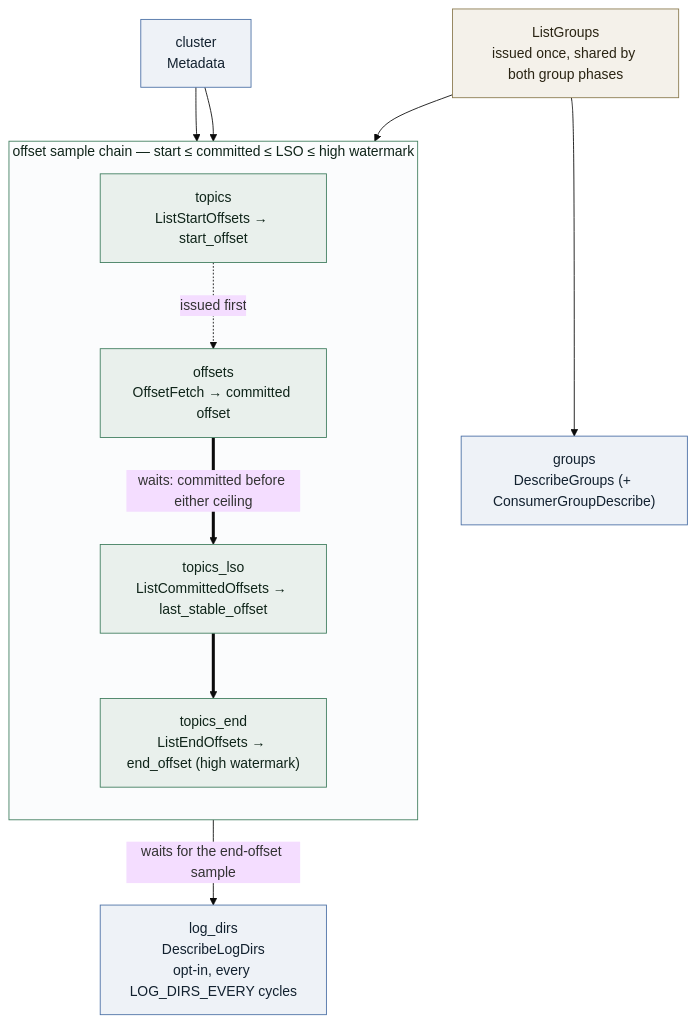
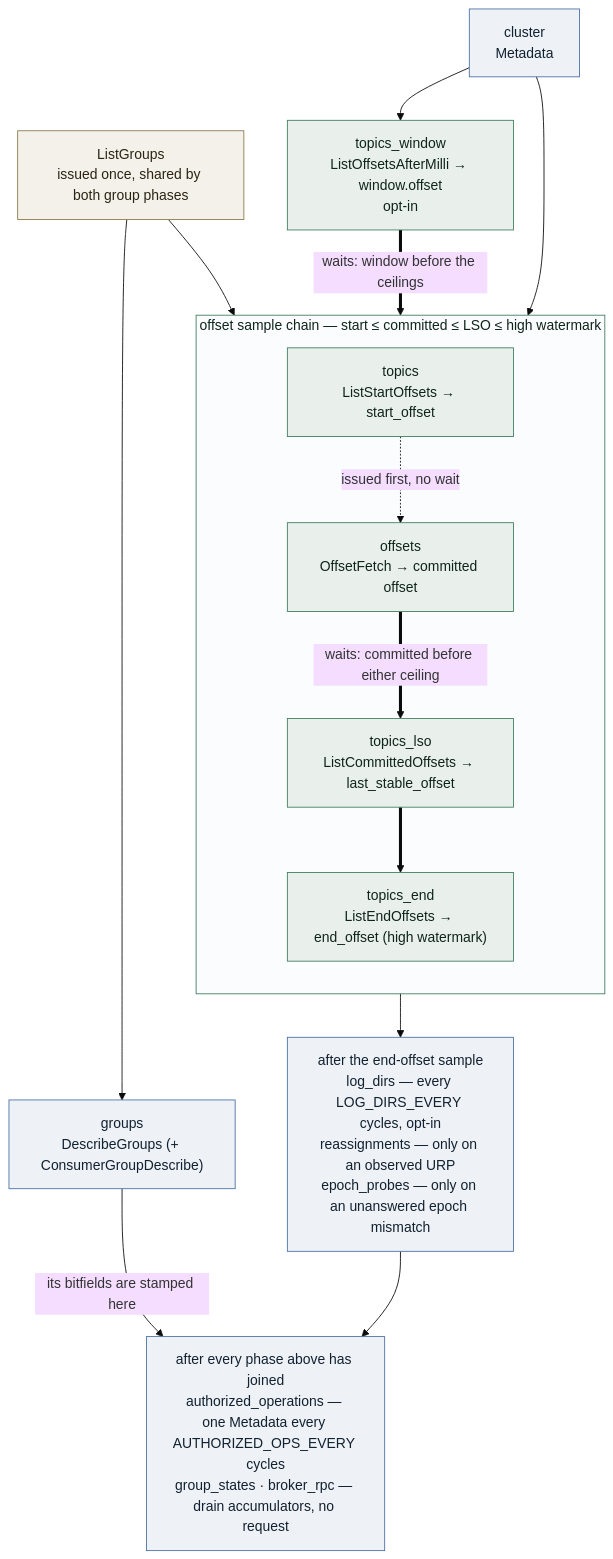
One commit to streamsight-labs/streamsight-agent changed the second of 2 diagrams in README.md. Above: the diagram before and after it, drawn with Mermaid (base theme). The commit also changed other lines of this file and 38 other files, not shown here.

First line of the commit message:
Roadmap tier1 (#2) (#5)

````diff
--- a/README.md
+++ b/README.md
@@ -48,32 +50,38 @@
 ```mermaid
 flowchart TB
     MD["cluster<br/>Metadata"]
     LG["ListGroups<br/>issued once, shared by both group phases"]
     GR["groups<br/>DescribeGroups (+ ConsumerGroupDescribe)"]
-    LD["log_dirs<br/>DescribeLogDirs<br/>opt-in, every LOG_DIRS_EVERY cycles"]
+    WN["topics_window<br/>ListOffsetsAfterMilli → window.offset<br/>opt-in"]
 
     subgraph chain["offset sample chain — start ≤ committed ≤ LSO ≤ high watermark"]
         direction TB
         TS["topics<br/>ListStartOffsets → start_offset"]
         OF["offsets<br/>OffsetFetch → committed offset"]
         LSO["topics_lso<br/>ListCommittedOffsets → last_stable_offset"]
         EN["topics_end<br/>ListEndOffsets → end_offset (high watermark)"]
-        TS -. "issued first" .-> OF
+        TS -. "issued first, no wait" .-> OF
         OF == "waits: committed before either ceiling" ==> LSO
         LSO ==> EN
     end
 
-    MD --> TS
-    MD --> OF
+    POST["after the end-offset sample<br/>log_dirs — every LOG_DIRS_EVERY cycles, opt-in<br/>reassignments — only on an observed URP<br/>epoch_probes — only on an unanswered epoch mismatch"]
+    JOIN["after every phase above has joined<br/>authorized_operations — one Metadata every AUTHORIZED_OPS_EVERY cycles<br/>group_states · broker_rpc — drain accumulators, no request"]
+
+    MD --> chain
+    MD --> WN
     LG --> GR
     LG --> OF
-    EN -- "waits for the end-offset sample" --> LD
+    WN == "waits: window before the ceilings" ==> LSO
+    EN --> POST
+    POST --> JOIN
+    GR -- "its bitfields are stamped here" --> JOIN
 
     classDef phase fill:#eef2f7,stroke:#4a6fa5,color:#12212f
     classDef shared fill:#f4f1ea,stroke:#8a7a4e,color:#2a2413
     classDef link fill:#e9f0ec,stroke:#3f7d5e,color:#0f2419
-    class MD,GR,LD phase
+    class MD,GR,POST,JOIN phase
     class LG shared
-    class TS,OF,LSO,EN link
+    class WN,TS,OF,LSO,EN link
     style chain fill:#fbfcfd,stroke:#3f7d5e,color:#0f2419
 ```
````
